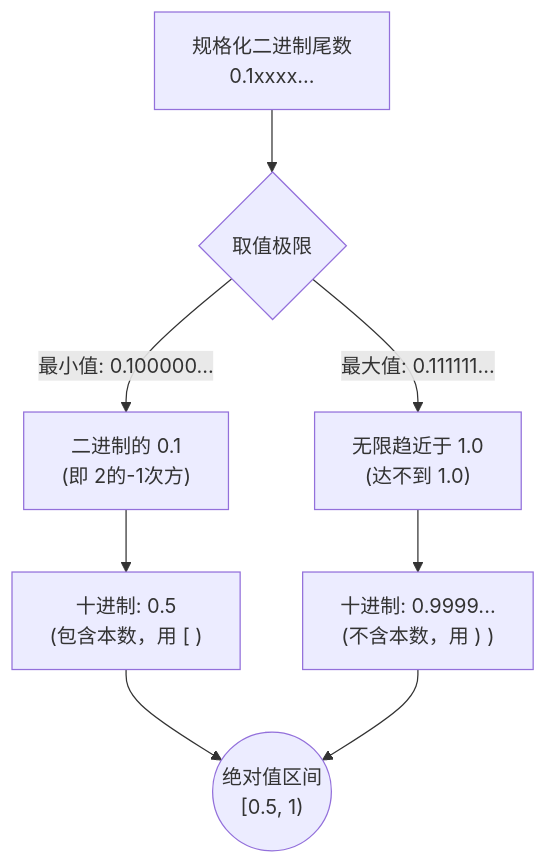
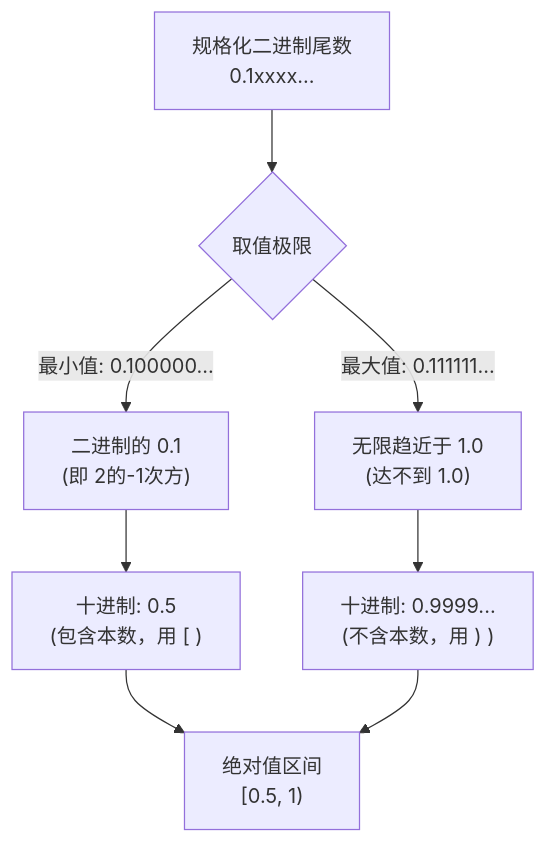
The diagram in 07-topic-mastery/06-浮点数规格化与数值区间-底层透析.md (cpsa3/software-designer-fast-pass), drawn with Mermaid before and after one commit. The commit also changed 7 other files, not shown here.

First line of the commit message:
fix: 闭环P0级断层与死链，合并数据库闪卡并修复Mermaid图表语法

````diff
--- a/07-topic-mastery/06-浮点数规格化与数值区间-底层透析.md
+++ b/07-topic-mastery/06-浮点数规格化与数值区间-底层透析.md
@@ -30,10 +30,10 @@
 ```mermaid
 graph TD
     A[规格化二进制尾数<br/>0.1xxxx...] --> B{取值极限}
     B -->|最小值: 0.100000...| C["二进制的 0.1<br/>(即 2的-1次方)"]
     B -->|最大值: 0.111111...| D["无限趋近于 1.0<br/>(达不到 1.0)"]
     C --> E["十进制: 0.5<br/>(包含本数，用 [ )"]
     D --> F["十进制: 0.9999...<br/>(不含本数，用 ) )"]
-    E --> G(("绝对值区间<br/>[0.5, 1)"))
+    E --> G["绝对值区间<br/>[0.5, 1)"]
     F --> G
 ```
````
